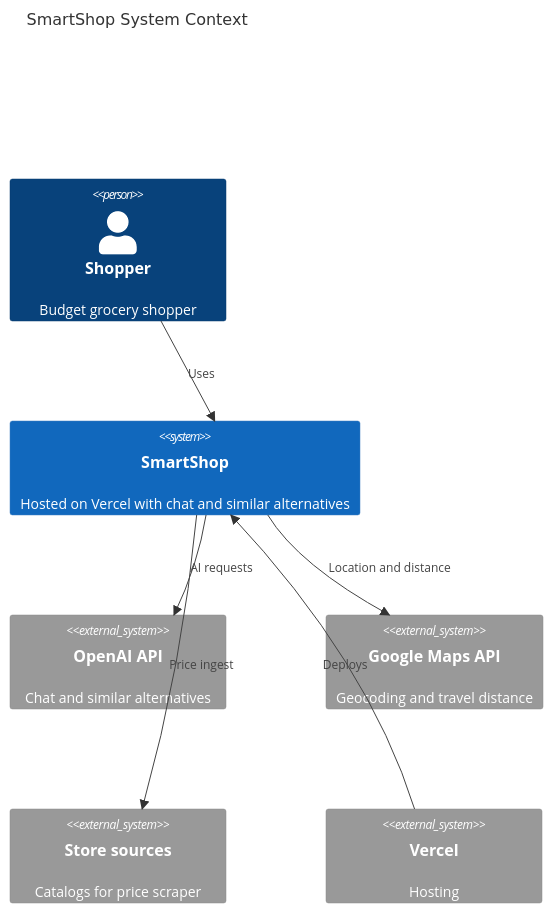
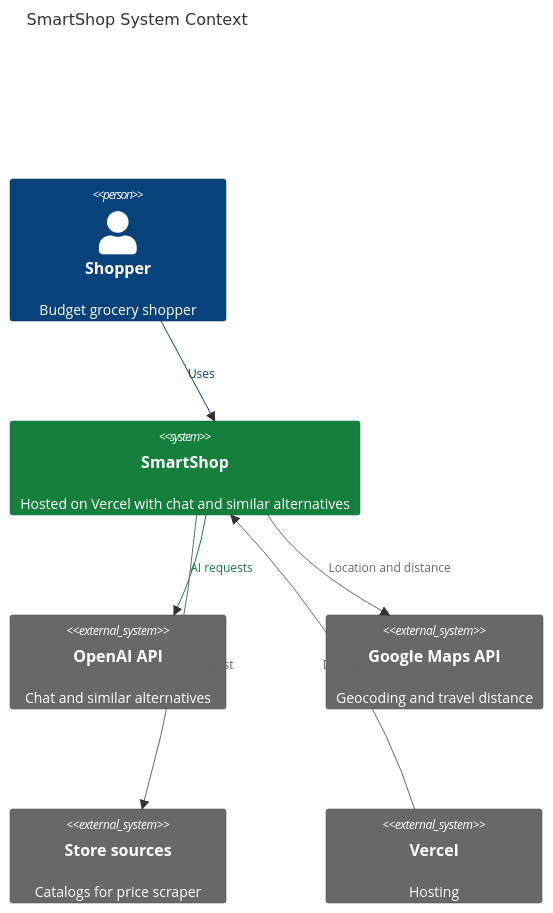
One commit to CSEN-SCU/csen-174-s26-team-project-smartshop changed the diagram in docs/architecture-retrospective.md. Above: the diagram before and after it, drawn with Mermaid.

Commit message:
docs: add C4 color styling to system context diagram.
Use UpdateElementStyle and UpdateRelStyle for person, SmartShop, and external systems.

````diff
--- a/docs/architecture-retrospective.md
+++ b/docs/architecture-retrospective.md
@@ -23,15 +23,27 @@
 ```mermaid
 C4Context
     title SmartShop System Context
     Person(shopper, "Shopper", "Budget grocery shopper")
     System(shop, "SmartShop", "Hosted on Vercel with chat and similar alternatives")
     System_Ext(ext_ai, "OpenAI API", "Chat and similar alternatives")
     System_Ext(ext_maps, "Google Maps API", "Geocoding and travel distance")
     System_Ext(ext_stores, "Store sources", "Catalogs for price scraper")
     System_Ext(ext_host, "Vercel", "Hosting")
     Rel(shopper, shop, "Uses")
     Rel(shop, ext_ai, "AI requests")
     Rel(shop, ext_maps, "Location and distance")
     Rel(shop, ext_stores, "Price ingest")
     Rel(ext_host, shop, "Deploys")
+    UpdateElementStyle(shopper, $bgColor="#08427B", $fontColor="#FFFFFF", $borderColor="#052E56")
+    UpdateElementStyle(shop, $bgColor="#15803D", $fontColor="#FFFFFF", $borderColor="#166534")
+    UpdateElementStyle(ext_ai, $bgColor="#686868", $fontColor="#FFFFFF", $borderColor="#444444")
+    UpdateElementStyle(ext_maps, $bgColor="#686868", $fontColor="#FFFFFF", $borderColor="#444444")
+    UpdateElementStyle(ext_stores, $bgColor="#686868", $fontColor="#FFFFFF", $borderColor="#444444")
+    UpdateElementStyle(ext_host, $bgColor="#686868", $fontColor="#FFFFFF", $borderColor="#444444")
+    UpdateRelStyle(shopper, shop, $lineColor="#08427B", $textColor="#08427B")
+    UpdateRelStyle(shop, ext_ai, $lineColor="#15803D", $textColor="#15803D")
+    UpdateRelStyle(shop, ext_maps, $lineColor="#686868", $textColor="#686868")
+    UpdateRelStyle(shop, ext_stores, $lineColor="#686868", $textColor="#686868")
+    UpdateRelStyle(ext_host, shop, $lineColor="#686868", $textColor="#686868")
+    UpdateLayoutConfig($c4ShapeInRow="3", $c4BoundaryInRow="1")
 ```
````
